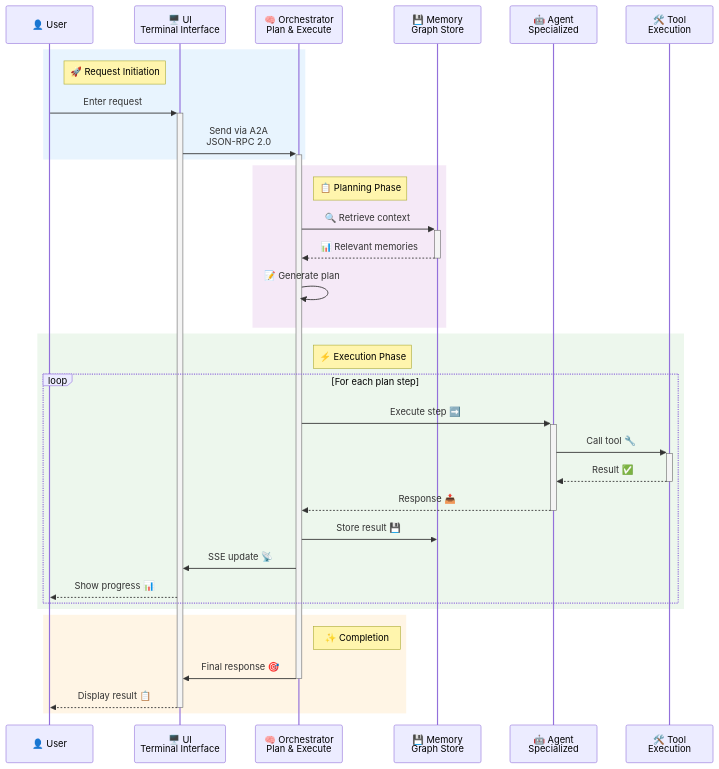
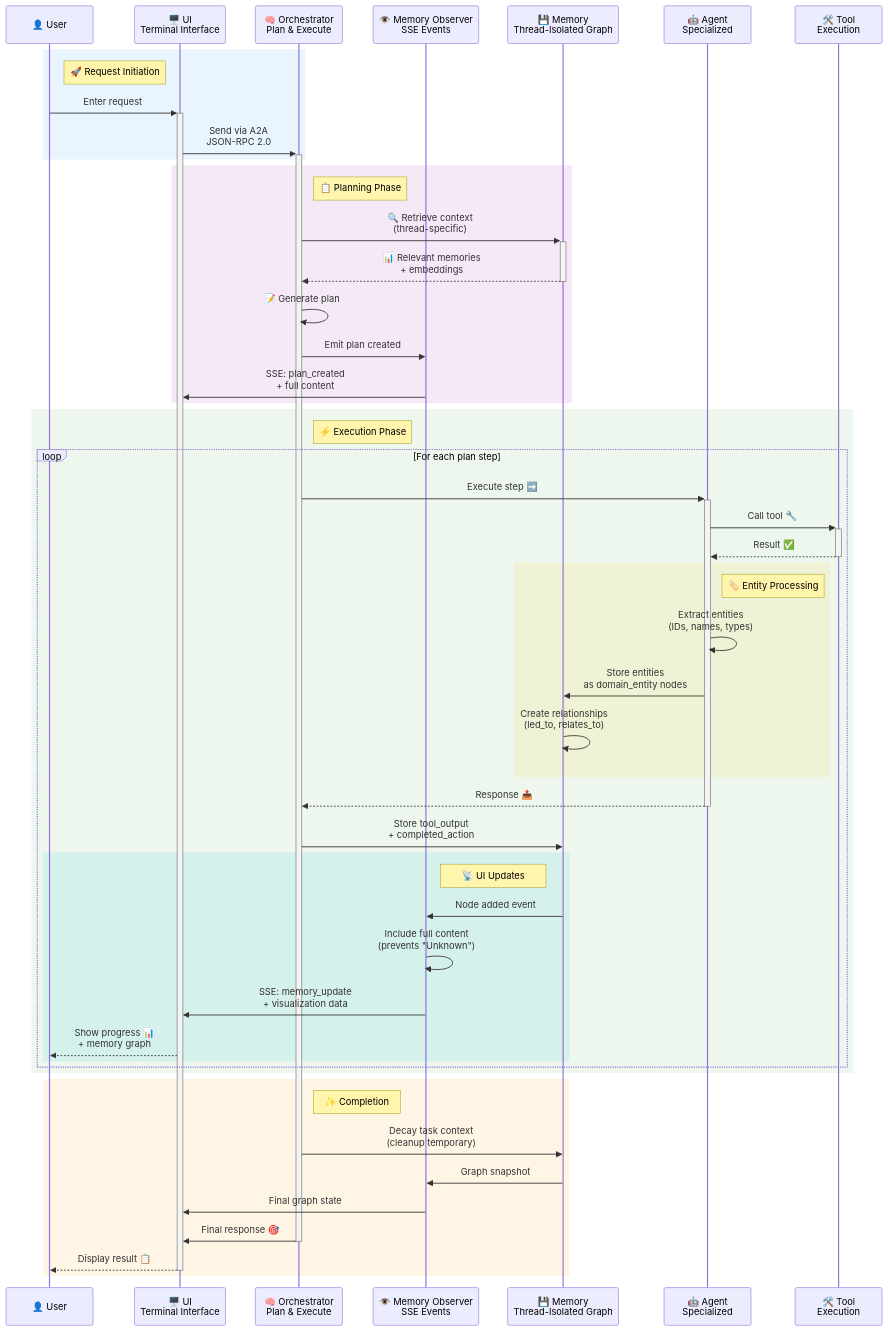
Before and after one commit to nickpeterson92/consultant-assistant: the second of 3 diagrams in docs/guides/comprehensive-onboarding-guide.md, drawn with Mermaid. The commit also changed other lines of this file, not shown here.

````diff
--- a/docs/guides/comprehensive-onboarding-guide.md
+++ b/docs/guides/comprehensive-onboarding-guide.md
@@ -340,46 +351,68 @@
 ```mermaid
 sequenceDiagram
     %% Define participant styles
     participant User as 👤 User
     participant UI as 🖥️ UI<br>Terminal Interface
     participant Orchestrator as 🧠 Orchestrator<br>Plan & Execute
-    participant Memory as 💾 Memory<br>Graph Store
+    participant Observer as 👁️ Memory Observer<br>SSE Events
+    participant Memory as 💾 Memory<br>Thread-Isolated Graph
     participant Agent as 🤖 Agent<br>Specialized
     participant Tool as 🛠️ Tool<br>Execution
 
     %% User initiates request
     rect rgba(33, 150, 243, 0.1)
         note right of User: 🚀 Request Initiation
         User->>+UI: Enter request
         UI->>+Orchestrator: Send via A2A<br>JSON-RPC 2.0
     end
 
     %% Planning phase
     rect rgba(156, 39, 176, 0.1)
         note right of Orchestrator: 📋 Planning Phase
-        Orchestrator->>+Memory: 🔍 Retrieve context
-        Memory-->>-Orchestrator: 📊 Relevant memories
+        Orchestrator->>+Memory: 🔍 Retrieve context<br>(thread-specific)
+        Memory-->>-Orchestrator: 📊 Relevant memories<br>+ embeddings
         Orchestrator->>Orchestrator: 📝 Generate plan
+        Orchestrator->>Observer: Emit plan created
+        Observer->>UI: SSE: plan_created<br>+ full content
     end
     
     %% Execution phase
     rect rgba(76, 175, 80, 0.1)
         note right of Orchestrator: ⚡ Execution Phase
         loop For each plan step
             Orchestrator->>+Agent: Execute step ➡️
             Agent->>+Tool: Call tool 🔧
             Tool-->>-Agent: Result ✅
+            
+            %% Entity extraction and storage
+            rect rgba(255, 193, 7, 0.1)
+                note right of Agent: 🏷️ Entity Processing
+                Agent->>Agent: Extract entities<br>(IDs, names, types)
+                Agent->>Memory: Store entities<br>as domain_entity nodes
+                Memory->>Memory: Create relationships<br>(led_to, relates_to)
+            end
+            
             Agent-->>-Orchestrator: Response 📤
-            Orchestrator->>Memory: Store result 💾
-            Orchestrator->>UI: SSE update 📡
-            UI-->>User: Show progress 📊
+            Orchestrator->>Memory: Store tool_output<br>+ completed_action
+            
+            %% Observer updates
+            rect rgba(0, 188, 212, 0.1)
+                note right of Observer: 📡 UI Updates
+                Memory->>Observer: Node added event
+                Observer->>Observer: Include full content<br>(prevents "Unknown")
+                Observer->>UI: SSE: memory_update<br>+ visualization data
+                UI-->>User: Show progress 📊<br>+ memory graph
+            end
         end
     end
     
     %% Completion
     rect rgba(255, 152, 0, 0.1)
         note right of Orchestrator: ✨ Completion
+        Orchestrator->>Memory: Decay task context<br>(cleanup temporary)
+        Memory->>Observer: Graph snapshot
+        Observer->>UI: Final graph state
         Orchestrator->>-UI: Final response 🎯
         UI-->>-User: Display result 📋
     end
 ```
````
